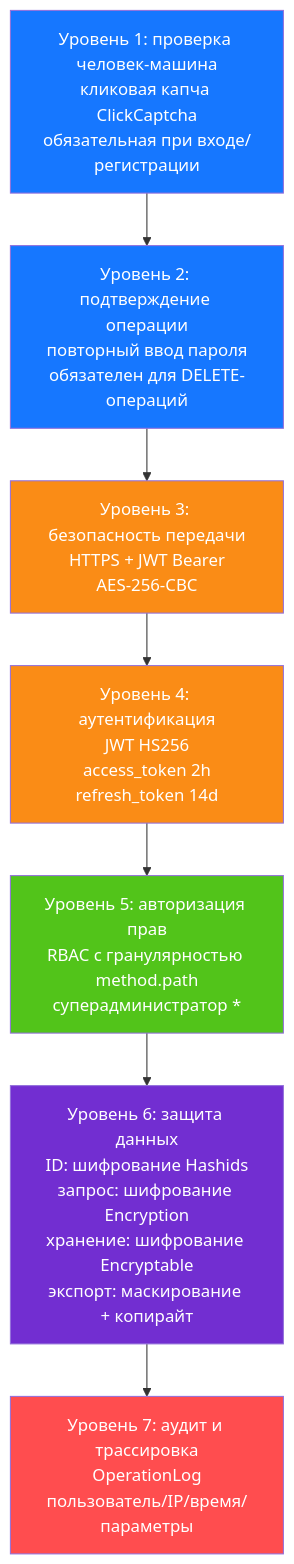
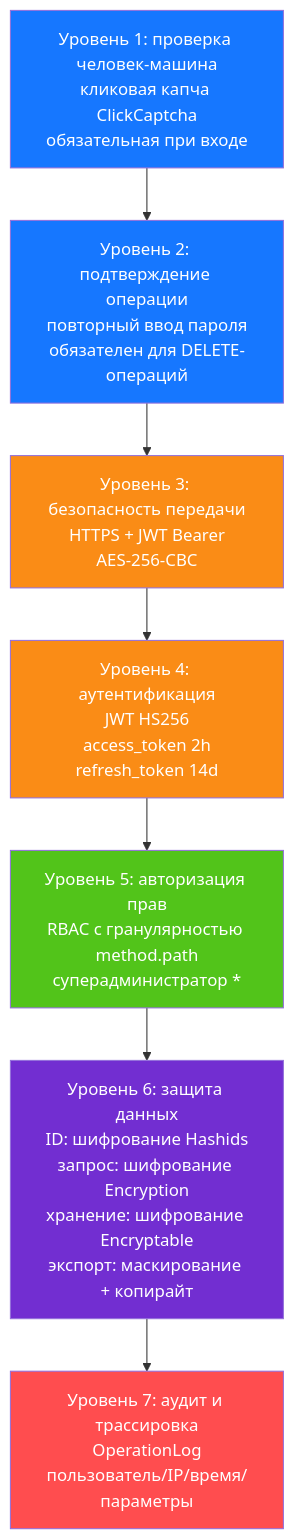
The diagram in docs/diagrams/11-security-defense.ru.md (erikwang2013/open-admin), drawn with Mermaid before and after one commit. The commit also changed 115 other files, not shown here.

First line of the commit message:
功能：新增项目宠物「小安」、站点首页与手写 SVG 设计图集；全部文档对齐代码

````diff
--- a/docs/diagrams/11-security-defense.ru.md
+++ b/docs/diagrams/11-security-defense.ru.md
@@ -7,20 +7,20 @@
 ```mermaid
 flowchart TB
-    l1["Уровень 1: проверка человек-машина<br/>кликовая капча ClickCaptcha<br/>обязательная при входе/регистрации"]
+    l1["Уровень 1: проверка человек-машина<br/>кликовая капча ClickCaptcha<br/>обязательная при входе"]
     l2["Уровень 2: подтверждение операции<br/>повторный ввод пароля<br/>обязателен для DELETE-операций"]
     l3["Уровень 3: безопасность передачи<br/>HTTPS + JWT Bearer<br/>AES-256-CBC"]
     l4["Уровень 4: аутентификация<br/>JWT HS256<br/>access_token 2h<br/>refresh_token 14d"]
     l5["Уровень 5: авторизация прав<br/>RBAC с гранулярностью method.path<br/>суперадминистратор *"]
     l6["Уровень 6: защита данных<br/>ID: шифрование Hashids<br/>запрос: шифрование Encryption<br/>хранение: шифрование Encryptable<br/>экспорт: маскирование + копирайт"]
     l7["Уровень 7: аудит и трассировка<br/>OperationLog<br/>пользователь/IP/время/параметры"]
 
     l1 --> l2 --> l3 --> l4 --> l5 --> l6 --> l7
 
     style l1 fill:#1677FF,color:#fff
     style l2 fill:#1677FF,color:#fff
     style l3 fill:#FA8C16,color:#fff
     style l4 fill:#FA8C16,color:#fff
     style l5 fill:#52C41A,color:#fff
     style l6 fill:#722ED1,color:#fff
     style l7 fill:#FF4D4F,color:#fff
 ```
````
